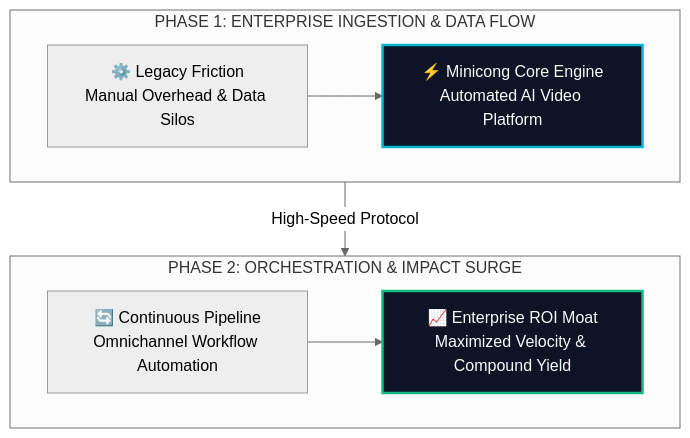
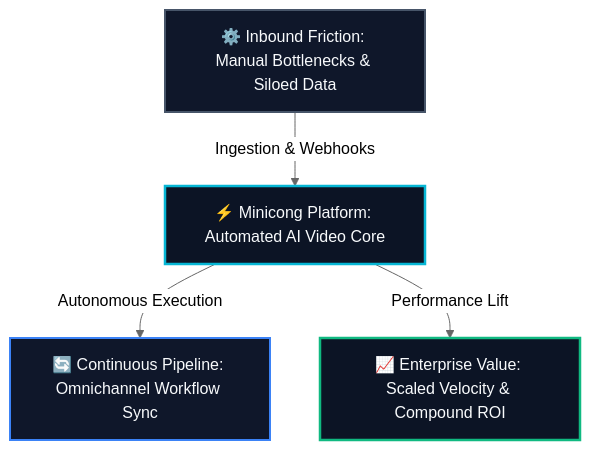
The diagram in site/src/content/blog/minicong-evolution-guide-2026.md (heliatech-media/saas-radar), drawn with Mermaid (neutral theme) before and after one commit. The commit also changed 93 other files, not shown here.

First line of the commit message:
fix(diagrams): resolve dagre-d3 subgraph collision by migrating to balanced 3-tier Hub & Spoke architecture

````diff
--- a/site/src/content/blog/minicong-evolution-guide-2026.md
+++ b/site/src/content/blog/minicong-evolution-guide-2026.md
@@ -54,14 +54,14 @@
 ```mermaid
 flowchart TD
-    subgraph S1["PHASE 1: ENTERPRISE INGESTION & DATA FLOW"]
-        direction LR
-        A["⚙️ Legacy Friction<br/>Manual Overhead & Data Silos"] --> B["⚡ Minicong Core Engine<br/>Automated AI Video Platform"]
-    end
-    subgraph S2["PHASE 2: ORCHESTRATION & IMPACT SURGE"]
-        direction LR
-        C["🔄 Continuous Pipeline<br/>Omnichannel Workflow Automation"] --> D["📈 Enterprise ROI Moat<br/>Maximized Velocity & Compound Yield"]
-    end
-    S1 -->|High-Speed Protocol| S2
-    style B fill:#0c1425,stroke:#06b6d4,stroke-width:2.5px,color:#f8fafc
-    style D fill:#0c1425,stroke:#10b981,stroke-width:2.5px,color:#f8fafc
+    Inp["⚙️ Inbound Friction: Manual Bottlenecks & Siloed Data"]
+    Eng["⚡ Minicong Platform: Automated AI Video Core"]
+    Out1["🔄 Continuous Pipeline: Omnichannel Workflow Sync"]
+    Out2["📈 Enterprise Value: Scaled Velocity & Compound ROI"]
+    Inp -->|Ingestion & Webhooks| Eng
+    Eng -->|Autonomous Execution| Out1
+    Eng -->|Performance Lift| Out2
+    style Inp fill:#0f172a,stroke:#475569,stroke-width:2px,color:#f8fafc
+    style Eng fill:#0c1425,stroke:#06b6d4,stroke-width:2.5px,color:#f8fafc
+    style Out1 fill:#0f172a,stroke:#3b82f6,stroke-width:2px,color:#f8fafc
+    style Out2 fill:#0c1425,stroke:#10b981,stroke-width:2.5px,color:#f8fafc
 ```
````
